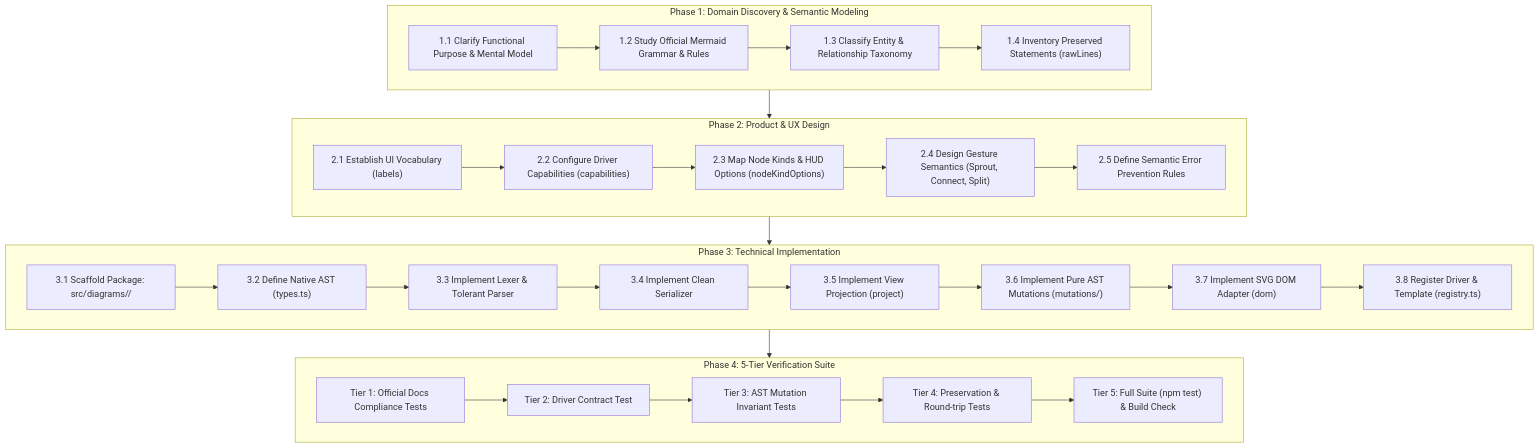
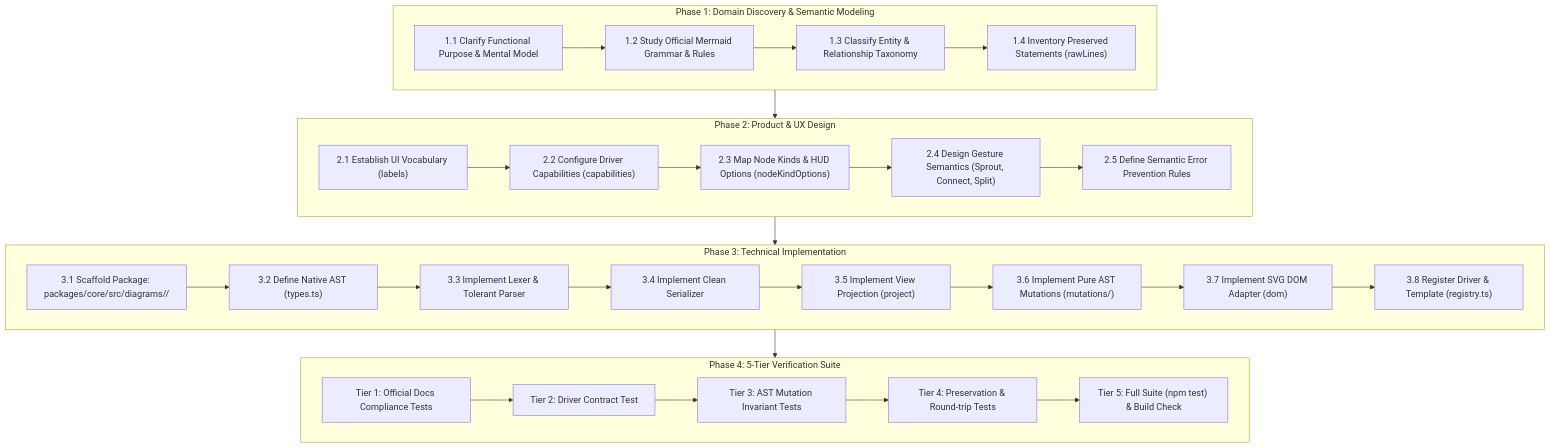
Before and after one commit to dev-hashemi/merlay: the diagram in docs/ADDING_NEW_DIAGRAM.md, drawn with Mermaid. The commit also changed other lines of this file and 279 other files, not shown here.

````diff
--- a/docs/ADDING_NEW_DIAGRAM.md
+++ b/docs/ADDING_NEW_DIAGRAM.md
@@ -19,34 +19,34 @@
 ```mermaid
 flowchart TD
     subgraph Phase1["Phase 1: Domain Discovery & Semantic Modeling"]
         P1_1["1.1 Clarify Functional Purpose & Mental Model"] --> P1_2["1.2 Study Official Mermaid Grammar & Rules"]
         P1_2 --> P1_3["1.3 Classify Entity & Relationship Taxonomy"]
         P1_3 --> P1_4["1.4 Inventory Preserved Statements (rawLines)"]
     end
 
     subgraph Phase2["Phase 2: Product & UX Design"]
         P2_1["2.1 Establish UI Vocabulary (labels)"] --> P2_2["2.2 Configure Driver Capabilities (capabilities)"]
         P2_2 --> P2_3["2.3 Map Node Kinds & HUD Options (nodeKindOptions)"]
         P2_3 --> P2_4["2.4 Design Gesture Semantics (Sprout, Connect, Split)"]
         P2_4 --> P2_5["2.5 Define Semantic Error Prevention Rules"]
     end
 
     subgraph Phase3["Phase 3: Technical Implementation"]
-        P3_1["3.1 Scaffold Package: src/diagrams/<name>/"] --> P3_2["3.2 Define Native AST (types.ts)"]
+        P3_1["3.1 Scaffold Package: packages/core/src/diagrams/<name>/"] --> P3_2["3.2 Define Native AST (types.ts)"]
         P3_2 --> P3_3["3.3 Implement Lexer & Tolerant Parser"]
         P3_3 --> P3_4["3.4 Implement Clean Serializer"]
         P3_4 --> P3_5["3.5 Implement View Projection (project)"]
         P3_5 --> P3_6["3.6 Implement Pure AST Mutations (mutations/)"]
         P3_6 --> P3_7["3.7 Implement SVG DOM Adapter (dom)"]
         P3_7 --> P3_8["3.8 Register Driver & Template (registry.ts)"]
     end
 
     subgraph Phase4["Phase 4: 5-Tier Verification Suite"]
         P4_1["Tier 1: Official Docs Compliance Tests"] --> P4_2["Tier 2: Driver Contract Test"]
         P4_2 --> P4_3["Tier 3: AST Mutation Invariant Tests"]
         P4_3 --> P4_4["Tier 4: Preservation & Round-trip Tests"]
         P4_4 --> P4_5["Tier 5: Full Suite (npm test) & Build Check"]
     end
 
     Phase1 --> Phase2 --> Phase3 --> Phase4
 ```
````
